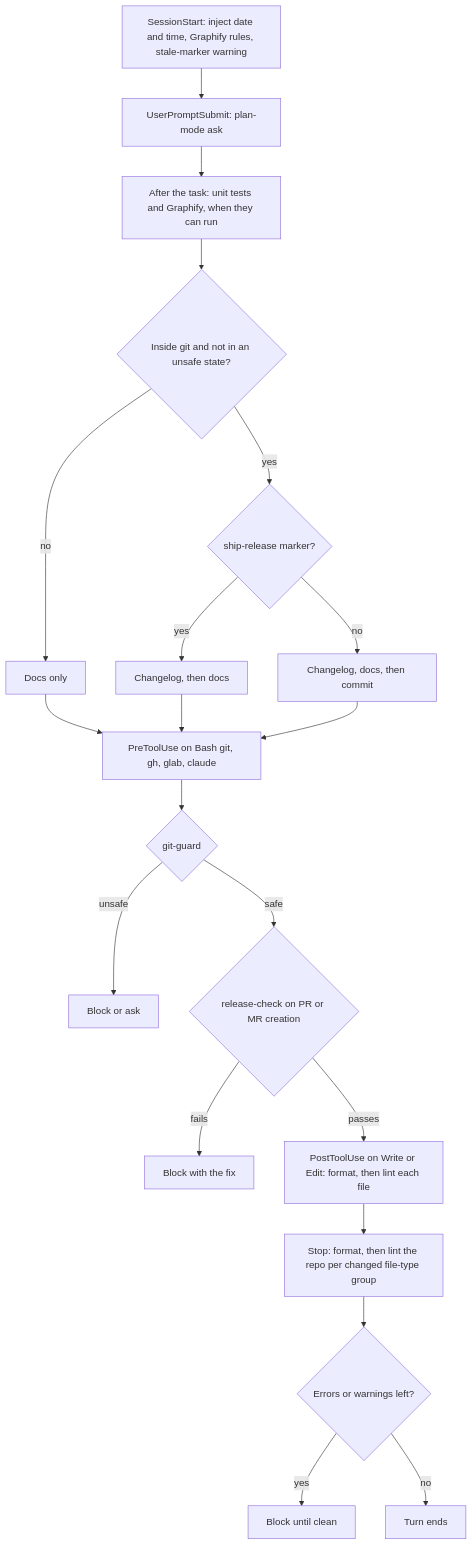
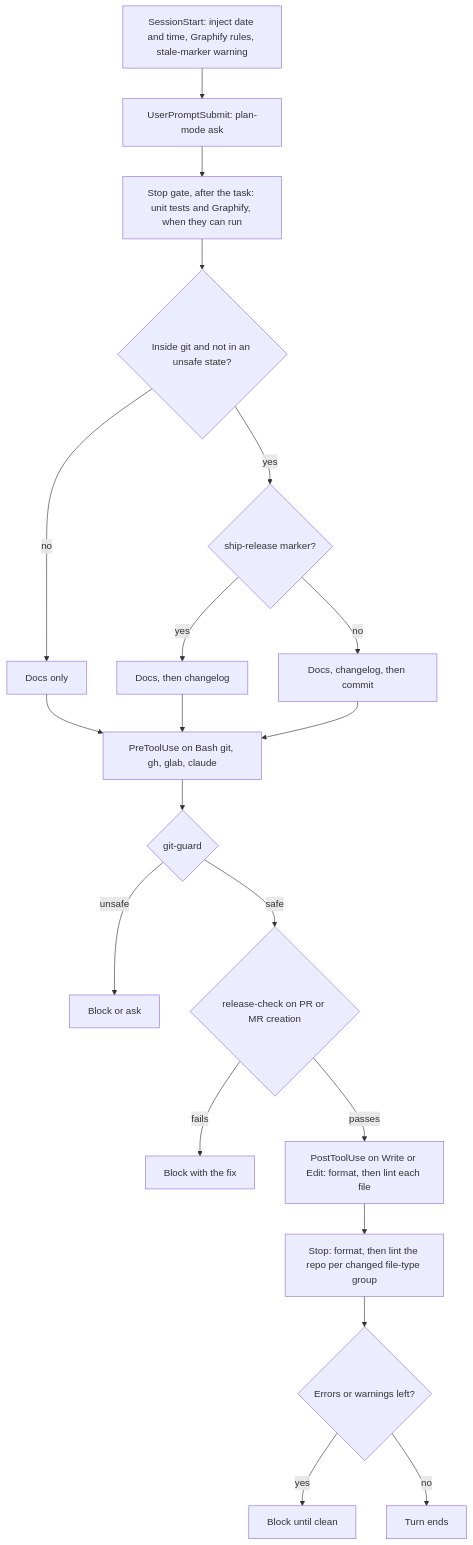
The diagram in README.md (patrickquijano/claude-dev-kit), drawn with Mermaid before and after one commit. The commit also changed other lines of this file and 2 other files, not shown here.

Commit message:
docs(hooks): document stop-hook end-of-task flow and step order

````diff
--- a/README.md
+++ b/README.md
@@ -140,22 +140,22 @@
 ```mermaid
 flowchart TD
     A["SessionStart: inject date and time, Graphify rules, stale-marker warning"] --> B["UserPromptSubmit: plan-mode ask"]
-    B --> E["After the task: unit tests and Graphify, when they can run"]
+    B --> E["Stop gate, after the task: unit tests and Graphify, when they can run"]
     E --> P{"Inside git and not in an unsafe state?"}
     P -- no --> Q["Docs only"]
     P -- yes --> S{"ship-release marker?"}
-    S -- yes --> T["Changelog, then docs"]
-    S -- no --> R["Changelog, docs, then commit"]
+    S -- yes --> T["Docs, then changelog"]
+    S -- no --> R["Docs, changelog, then commit"]
     Q --> F["PreToolUse on Bash git, gh, glab, claude"]
     T --> F
     R --> F
     F --> G{"git-guard"}
     G -- unsafe --> H["Block or ask"]
     G -- safe --> I{"release-check on PR or MR creation"}
     I -- fails --> J["Block with the fix"]
     I -- passes --> K["PostToolUse on Write or Edit: format, then lint each file"]
     K --> L["Stop: format, then lint the repo per changed file-type group"]
     L --> M{"Errors or warnings left?"}
     M -- yes --> N["Block until clean"]
     M -- no --> O["Turn ends"]
 ```
````
